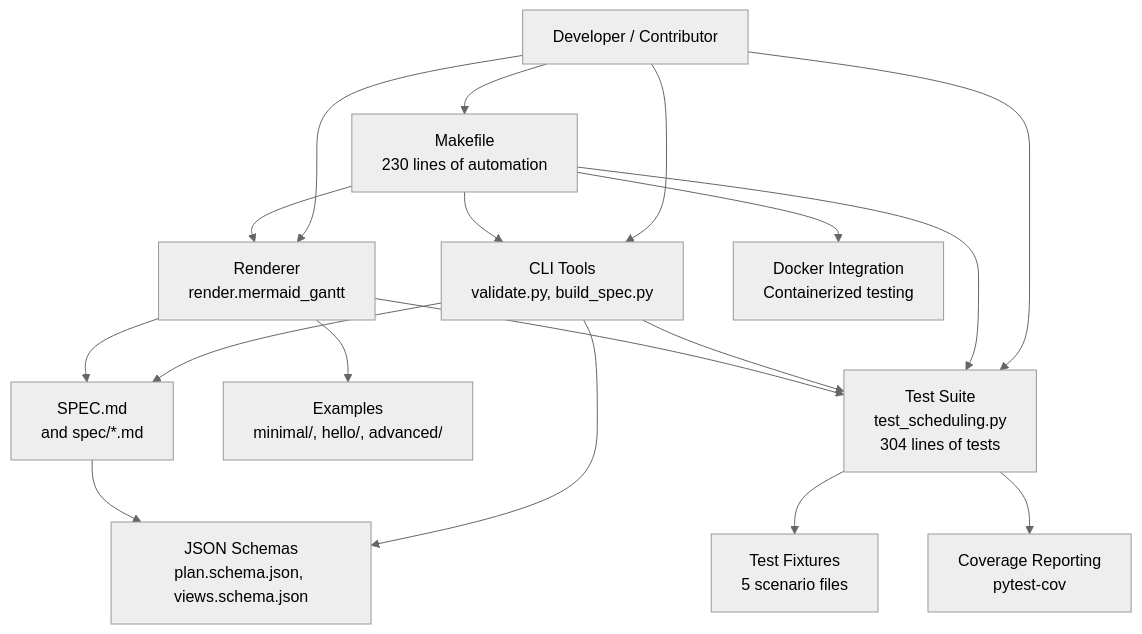
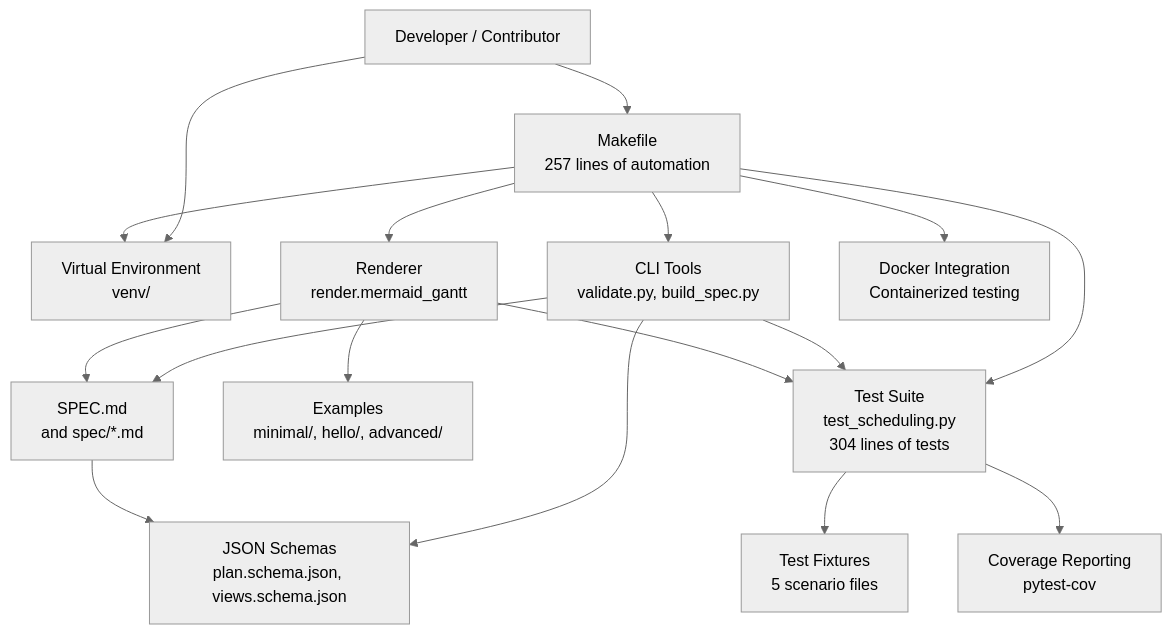
Before and after one commit to asukhodko/opskarta: the second of 7 diagrams in .qoder/repowiki/en/content/Development and Contributing.md, drawn with Mermaid (neutral theme). The commit also changed other lines of this file and 4 other files, not shown here.

````diff
--- a/.qoder/repowiki/en/content/Development and Contributing.md
+++ b/.qoder/repowiki/en/content/Development and Contributing.md
@@ -130,31 +216,31 @@
 ```mermaid
 graph TB
 user["Developer / Contributor"]
-makefile["Makefile<br/>230 lines of automation"]
+makefile["Makefile<br/>257 lines of automation"]
+venv["Virtual Environment<br/>venv/"]
 cli["CLI Tools<br/>validate.py, build_spec.py"]
 renderer["Renderer<br/>render.mermaid_gantt"]
 spec["SPEC.md<br/>and spec/*.md"]
 schemas["JSON Schemas<br/>plan.schema.json, views.schema.json"]
 examples["Examples<br/>minimal/, hello/, advanced/"]
 tests["Test Suite<br/>test_scheduling.py<br/>304 lines of tests"]
 fixtures["Test Fixtures<br/>5 scenario files"]
 coverage["Coverage Reporting<br/>pytest-cov"]
 docker["Docker Integration<br/>Containerized testing"]
 user --> makefile
-user --> cli
-user --> renderer
-user --> tests
+user --> venv
+makefile --> venv
 makefile --> cli
 makefile --> renderer
 makefile --> tests
 makefile --> docker
 cli --> schemas
 cli --> spec
 cli --> tests
 renderer --> spec
 renderer --> examples
 renderer --> tests
 tests --> fixtures
 tests --> coverage
 spec --> schemas
 ```
````
